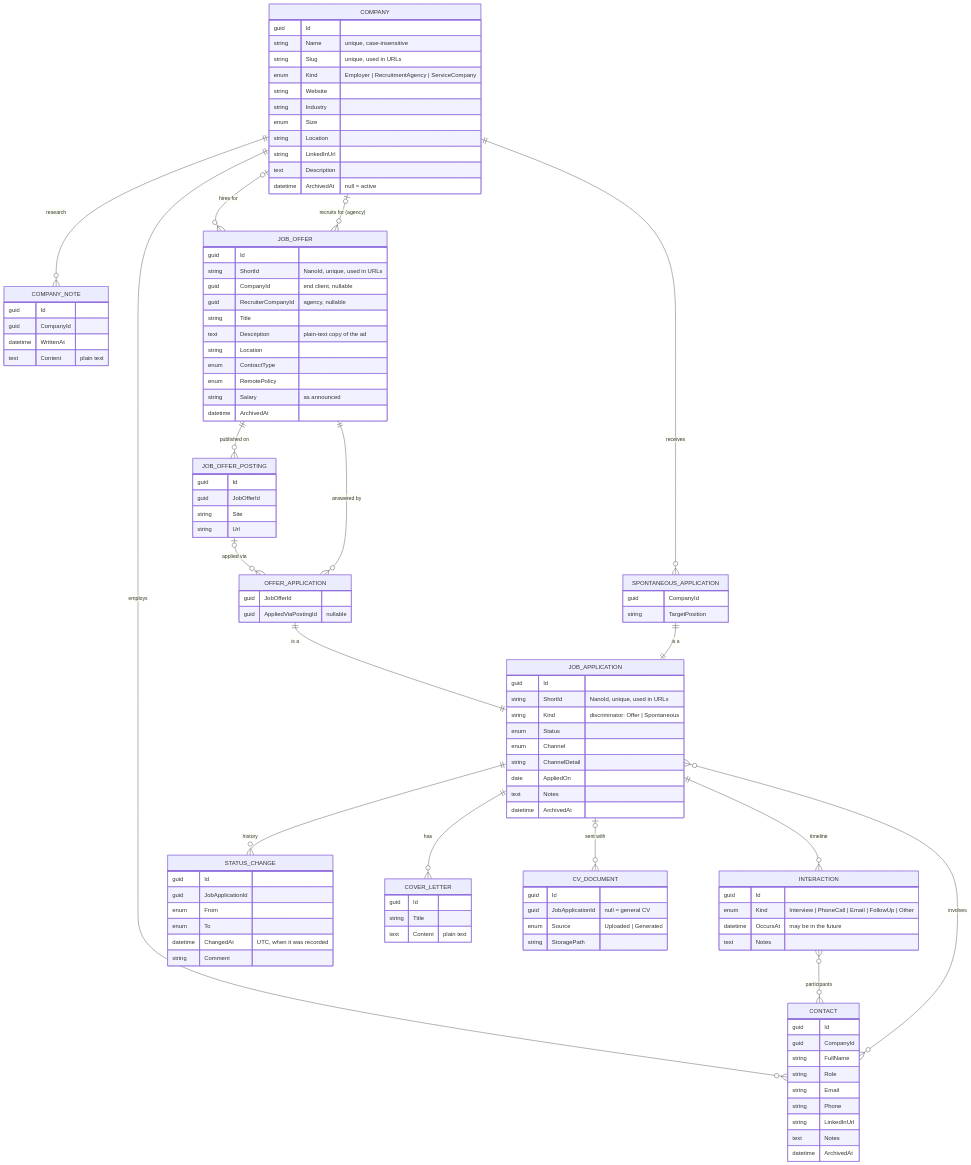
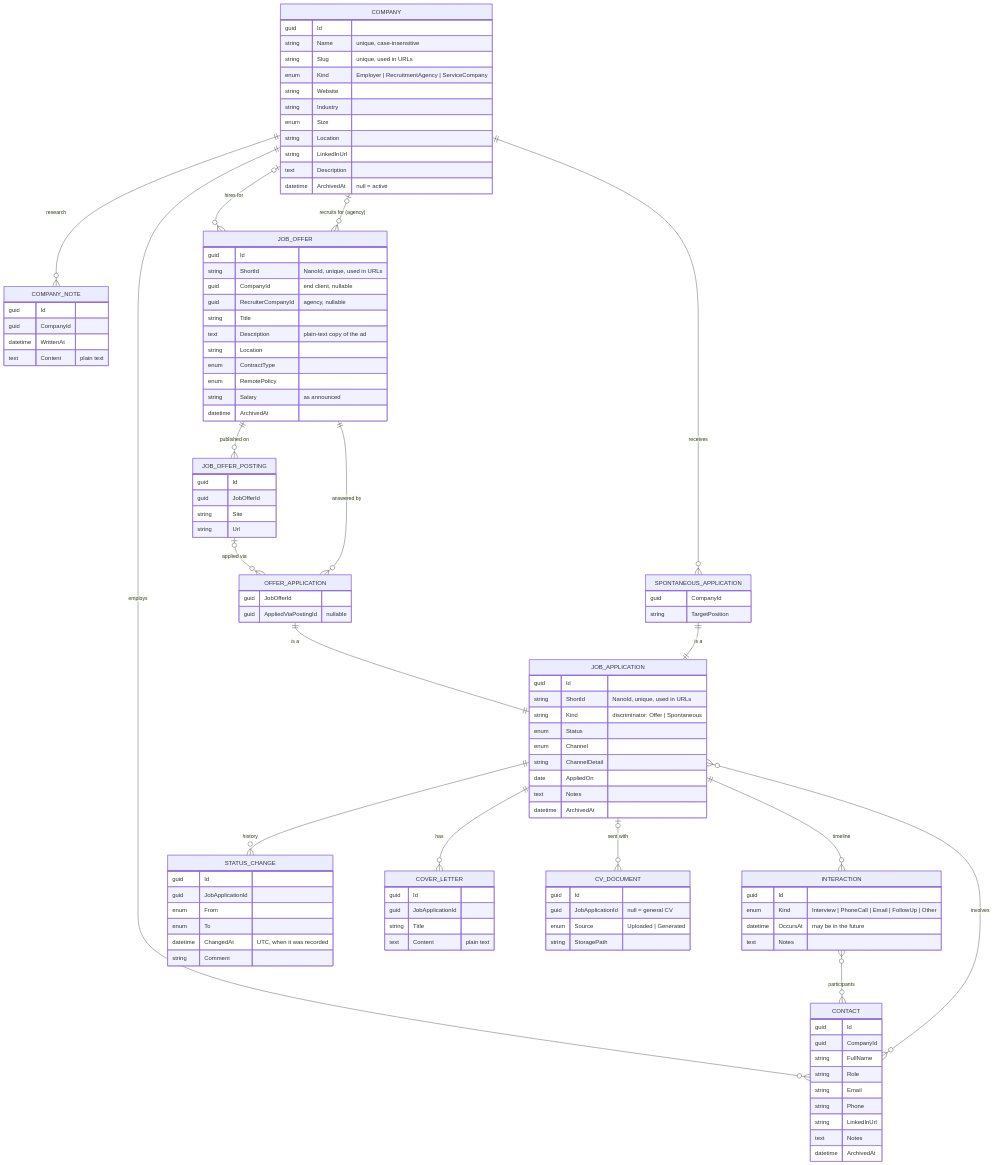
The diagram in docs/data-model.md (Kevin-HESSE/Ambio), drawn with Mermaid before and after one commit. The commit also changed other lines of this file and 5 other files, not shown here.

```diff
--- a/docs/data-model.md
+++ b/docs/data-model.md
@@ -111,6 +111,7 @@
     }
     COVER_LETTER {
         guid Id
+        guid JobApplicationId
         string Title
         text Content "plain text"
     }
```
